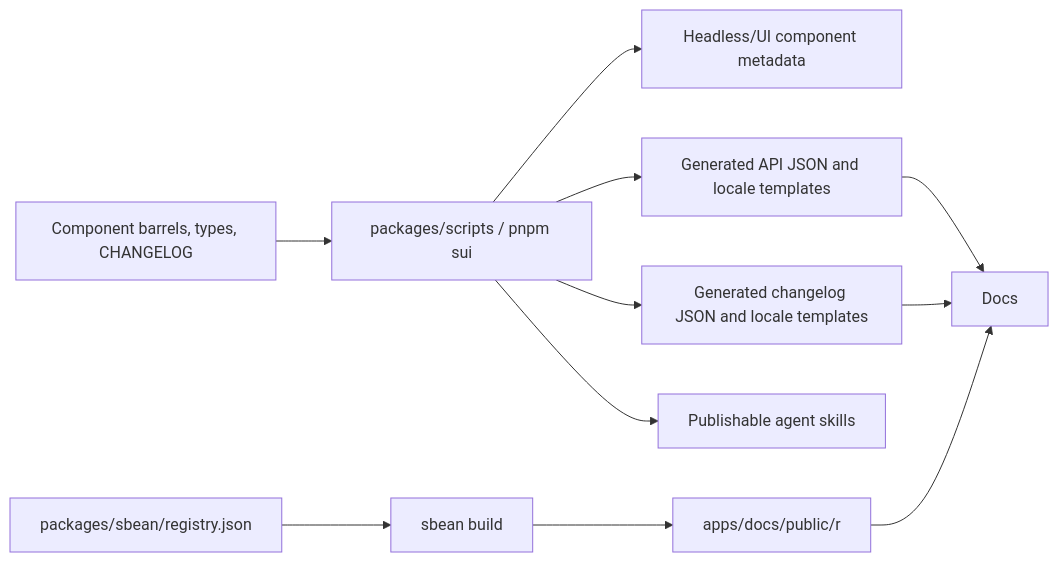
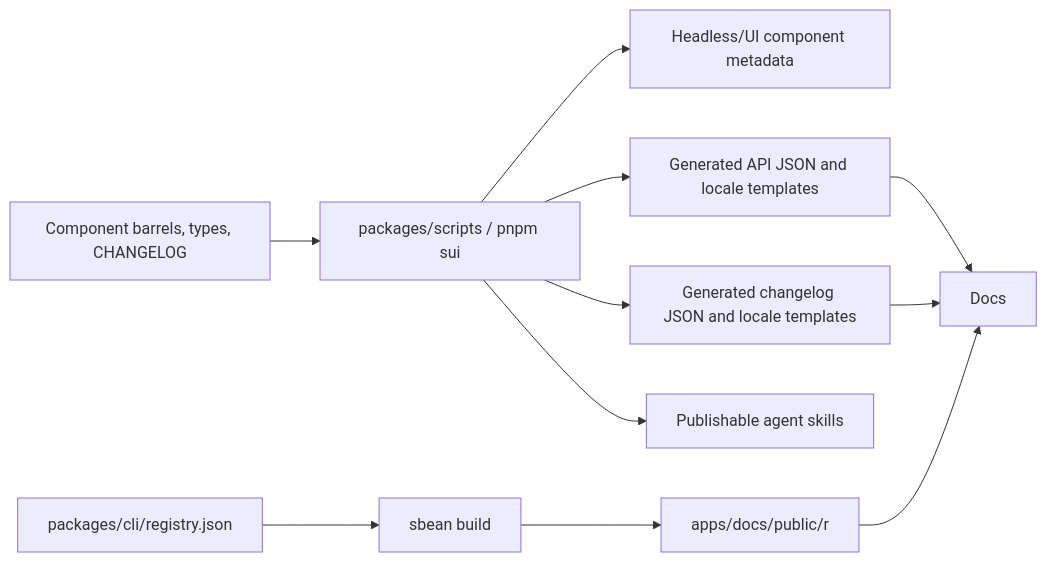
Before and after one commit to soybeanjs/soybean-ui: the third of 3 diagrams in docs/architecture.md, drawn with Mermaid. The commit also changed 88 other files, not shown here.

First line of the commit message:
refactor(sbean): migrate package directory to packages/cli

````diff
--- a/docs/architecture.md
+++ b/docs/architecture.md
@@ -267,13 +267,13 @@
 ```mermaid
 flowchart LR
   Source[Component barrels, types, CHANGELOG] --> SUI["packages/scripts / pnpm sui"]
   SUI --> Metadata[Headless/UI component metadata]
   SUI --> API[Generated API JSON and locale templates]
   SUI --> Changelog[Generated changelog JSON and locale templates]
   SUI --> Skills[Publishable agent skills]
-  Registry["packages/sbean/registry.json"] --> SbeanBuild["sbean build"]
+  Registry["packages/cli/registry.json"] --> SbeanBuild["sbean build"]
   SbeanBuild --> RegistrySite["apps/docs/public/r"]
   API --> Docs
   Changelog --> Docs
   RegistrySite --> Docs
 ```
````
